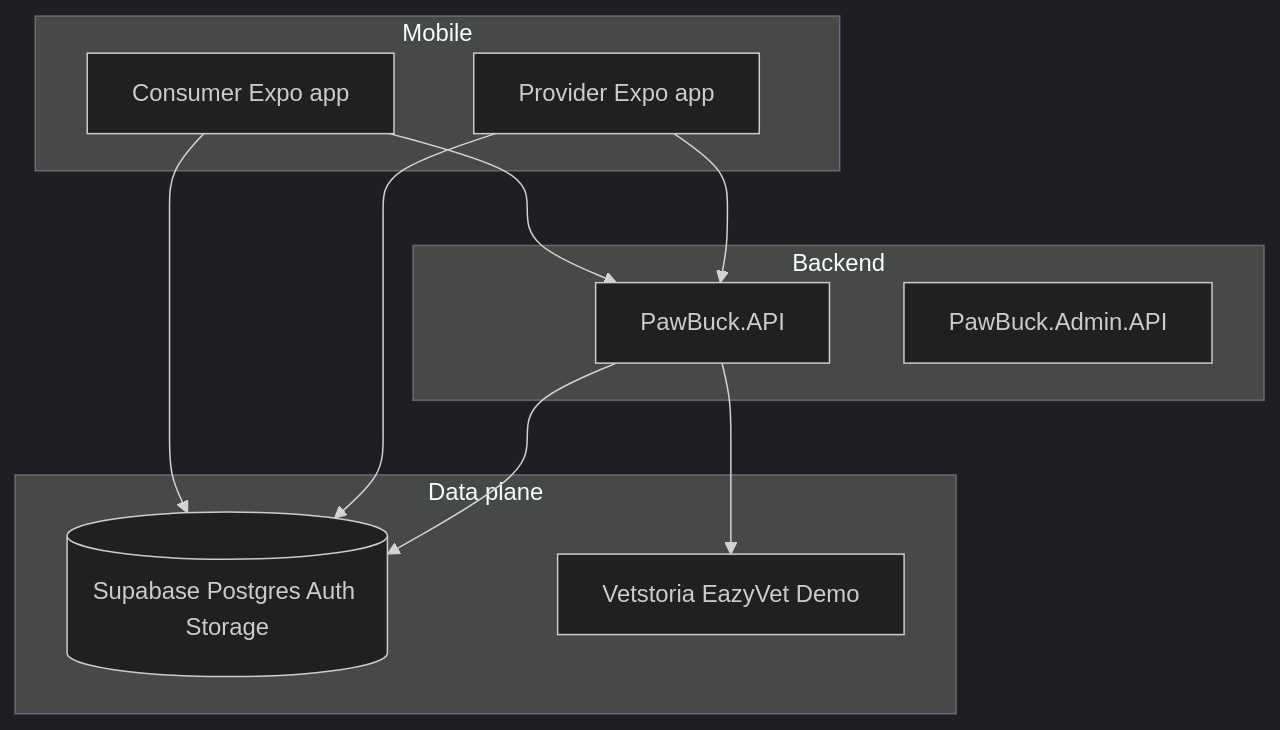
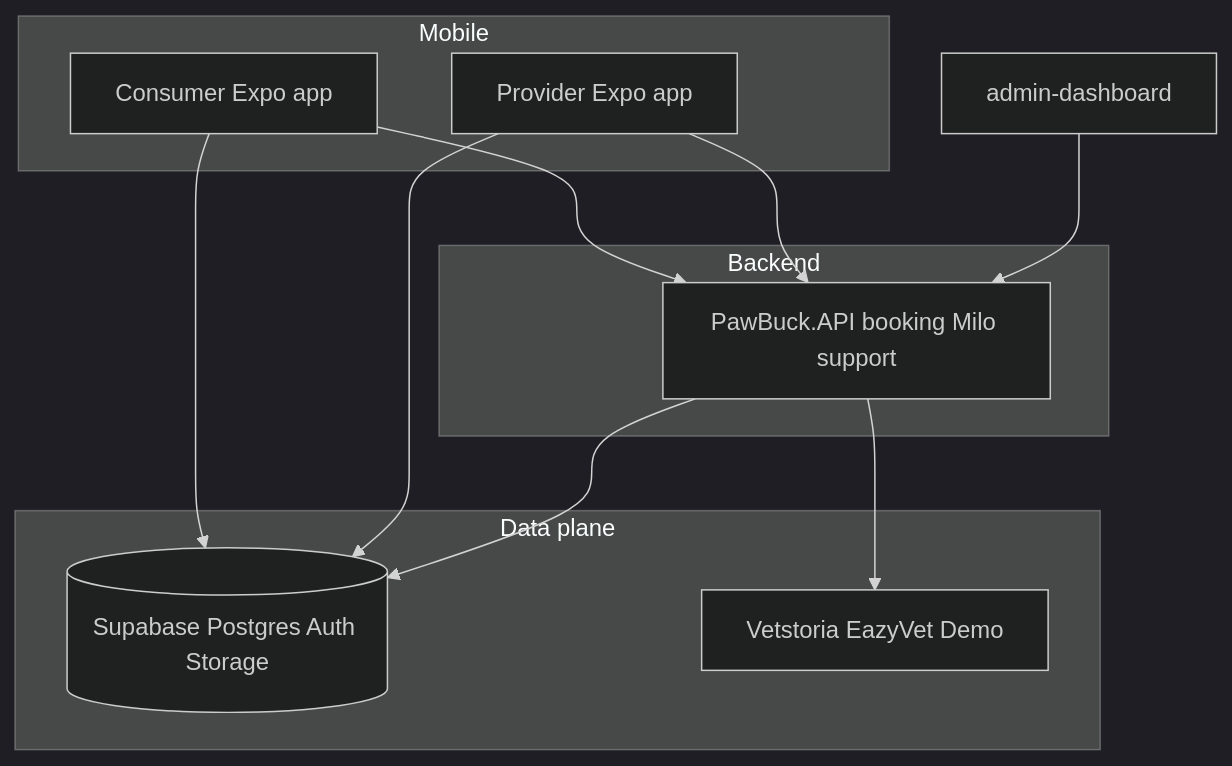
One commit to pawbuck-dev/pawbuck-root changed the diagram in docs/ARCHITECTURE.md. Above: the diagram before and after it, drawn with Mermaid (dark theme). The commit also changed other lines of this file and 65 other files, not shown here.

````diff
--- a/docs/ARCHITECTURE.md
+++ b/docs/ARCHITECTURE.md
@@ -5,21 +5,21 @@
 ```mermaid
 flowchart TB
   subgraph clients [Mobile]
     Consumer[Consumer Expo app]
     Provider[Provider Expo app]
   end
   subgraph apis [Backend]
-    PawAPI[PawBuck.API]
-    AdminAPI[PawBuck.Admin.API]
+    PawAPI[PawBuck.API booking Milo support]
   end
   subgraph data [Data plane]
     SB[(Supabase Postgres Auth Storage)]
     Vendors[Vetstoria EazyVet Demo]
   end
   Consumer --> PawAPI
   Consumer --> SB
   Provider --> PawAPI
   Provider --> SB
   PawAPI --> SB
   PawAPI --> Vendors
+  AdminDash[admin-dashboard] --> PawAPI
 ```
````
